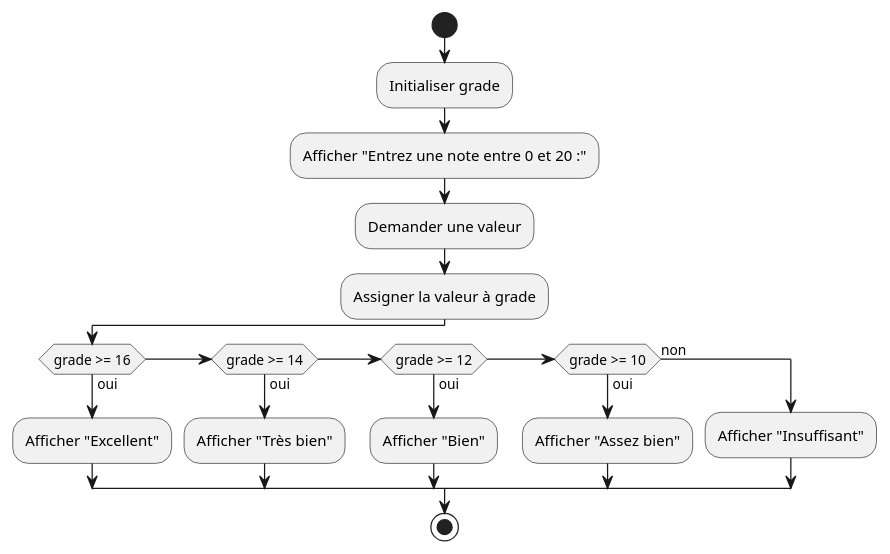
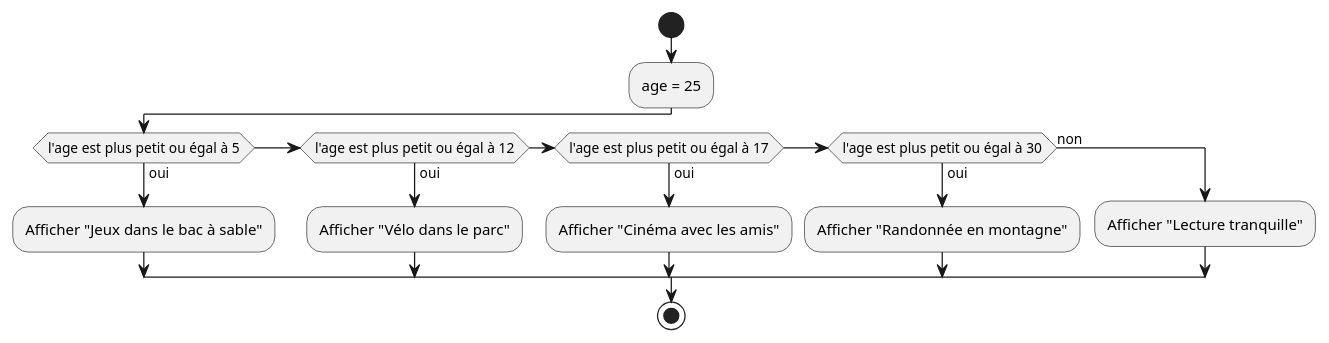
One commit to HEIG-VD-Prog-Course/HEIG-VD-ProgIM-Course changed the fourth of 10 diagrams in 02.01-sequence-selection-iteration/02-exercices/README.md. Above: the diagram before and after it, drawn with PlantUML. The commit also changed other lines of this file and 1 other file, not shown here.

Commit message:
Refactor exercises in sequence, selection, and iteration section: (#15)

````diff
--- a/02.01-sequence-selection-iteration/02-exercices/README.md
+++ b/02.01-sequence-selection-iteration/02-exercices/README.md
@@ -450,21 +438,18 @@
 ```plantuml
 @startuml
 start
-:Initialiser grade;
-:Afficher "Entrez une note entre 0 et 20 :";
-:Demander une valeur;
-:Assigner la valeur à grade;
-if (grade >= 16) then (oui)
-    :Afficher "Excellent";
-elseif (grade >= 14) then (oui)
-    :Afficher "Très bien";
-elseif (grade >= 12) then (oui)
-    :Afficher "Bien";
-elseif (grade >= 10) then (oui)
-    :Afficher "Assez bien";
+:age = 25;
+if (l'age est plus petit ou égal à 5) then (oui)
+    :Afficher "Jeux dans le bac à sable";
+elseif (l'age est plus petit ou égal à 12) then (oui)
+    :Afficher "Vélo dans le parc";
+elseif (l'age est plus petit ou égal à 17) then (oui)
+    :Afficher "Cinéma avec les amis";
+elseif (l'age est plus petit ou égal à 30) then (oui)
+    :Afficher "Randonnée en montagne";
 else (non)
-    :Afficher "Insuffisant";
+    :Afficher "Lecture tranquille";
 endif
 stop
 @enduml
 ```
````
